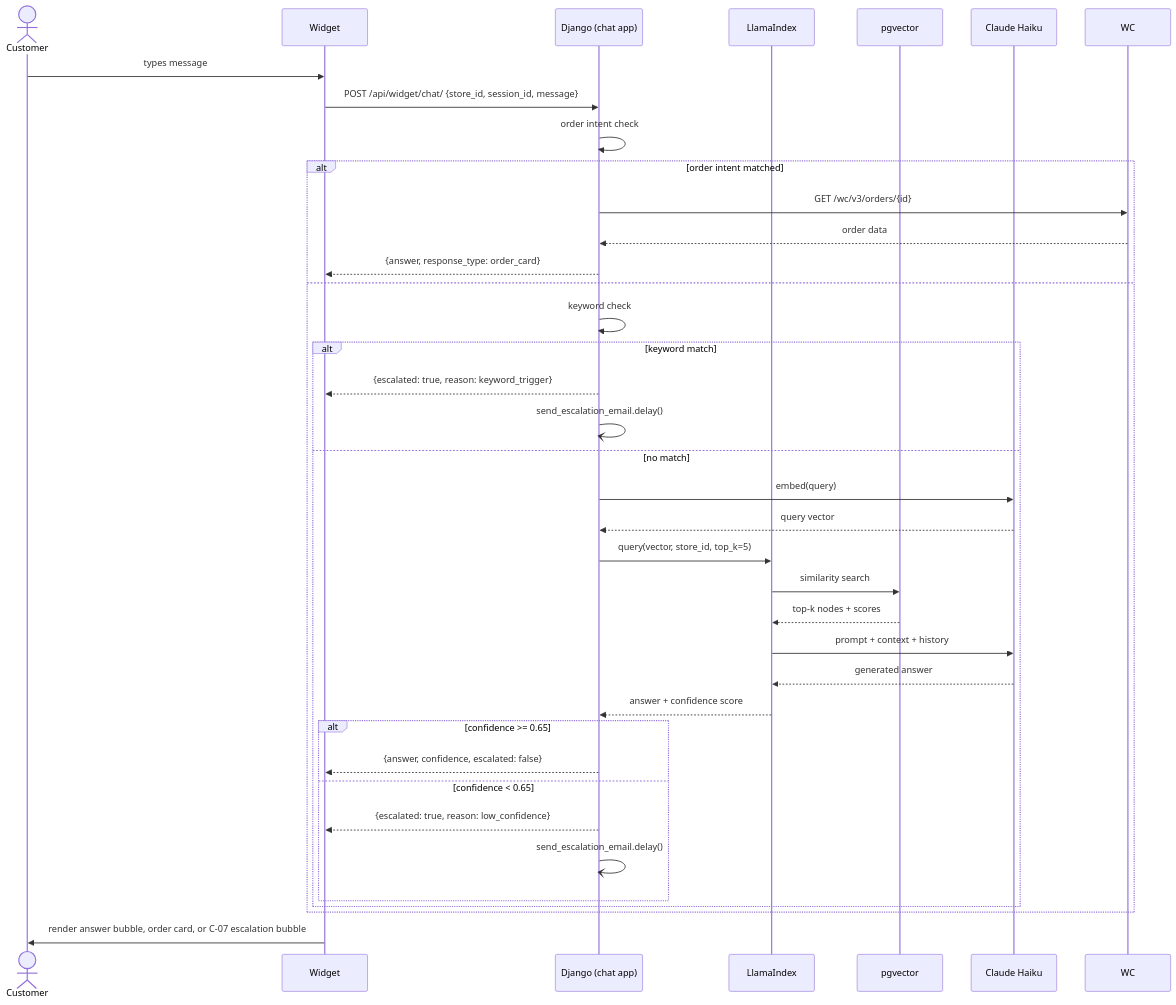
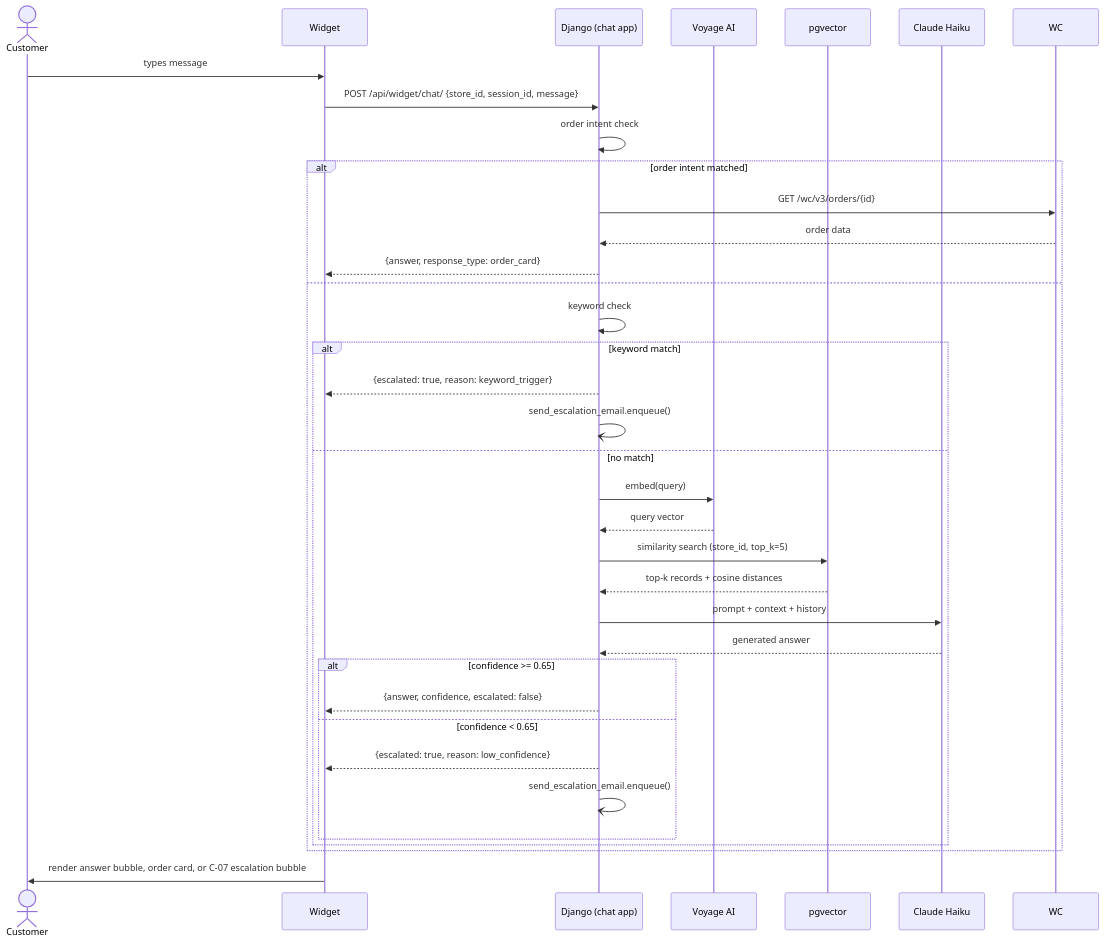
One commit to aji-pratama/woocs changed the third of 6 diagrams in _docs/PRD.md. Above: the diagram before and after it, drawn with Mermaid. The commit also changed other lines of this file and 26 other files, not shown here.

````diff
--- a/_docs/PRD.md
+++ b/_docs/PRD.md
@@ -1348,43 +1350,41 @@
 ```mermaid
 sequenceDiagram
   actor Customer
   participant Widget
   participant Django as Django (chat app)
-  participant Llama as LlamaIndex
+  participant Voyage as Voyage AI
   participant PG as pgvector
   participant Haiku as Claude Haiku
 
   Customer->>Widget: types message
   Widget->>Django: POST /api/widget/chat/ {store_id, session_id, message}
   
   Django->>Django: order intent check
   alt order intent matched
     Django->>WC: GET /wc/v3/orders/{id}
     WC-->>Django: order data
     Django-->>Widget: {answer, response_type: order_card}
   else
     Django->>Django: keyword check
     alt keyword match
       Django-->>Widget: {escalated: true, reason: keyword_trigger}
-      Django-)Django: send_escalation_email.delay()
+      Django-)Django: send_escalation_email.enqueue()
     else no match
-      Django->>Haiku: embed(query)
-      Haiku-->>Django: query vector
-      Django->>Llama: query(vector, store_id, top_k=5)
-      Llama->>PG: similarity search
-      PG-->>Llama: top-k nodes + scores
-      Llama->>Haiku: prompt + context + history
-      Haiku-->>Llama: generated answer
-      Llama-->>Django: answer + confidence score
+      Django->>Voyage: embed(query)
+      Voyage-->>Django: query vector
+      Django->>PG: similarity search (store_id, top_k=5)
+      PG-->>Django: top-k records + cosine distances
+      Django->>Haiku: prompt + context + history
+      Haiku-->>Django: generated answer
 
       alt confidence >= 0.65
         Django-->>Widget: {answer, confidence, escalated: false}
       else confidence < 0.65
         Django-->>Widget: {escalated: true, reason: low_confidence}
-        Django-)Django: send_escalation_email.delay()
+        Django-)Django: send_escalation_email.enqueue()
       end
     end
   end
 
   Widget->>Customer: render answer bubble, order card, or C-07 escalation bubble
 ```
````
